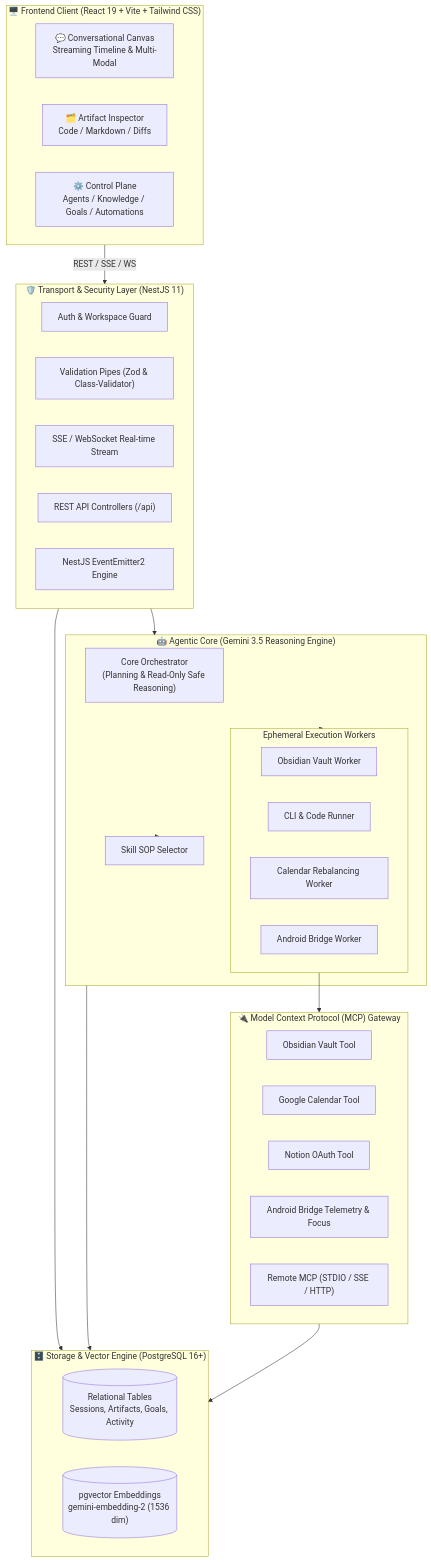
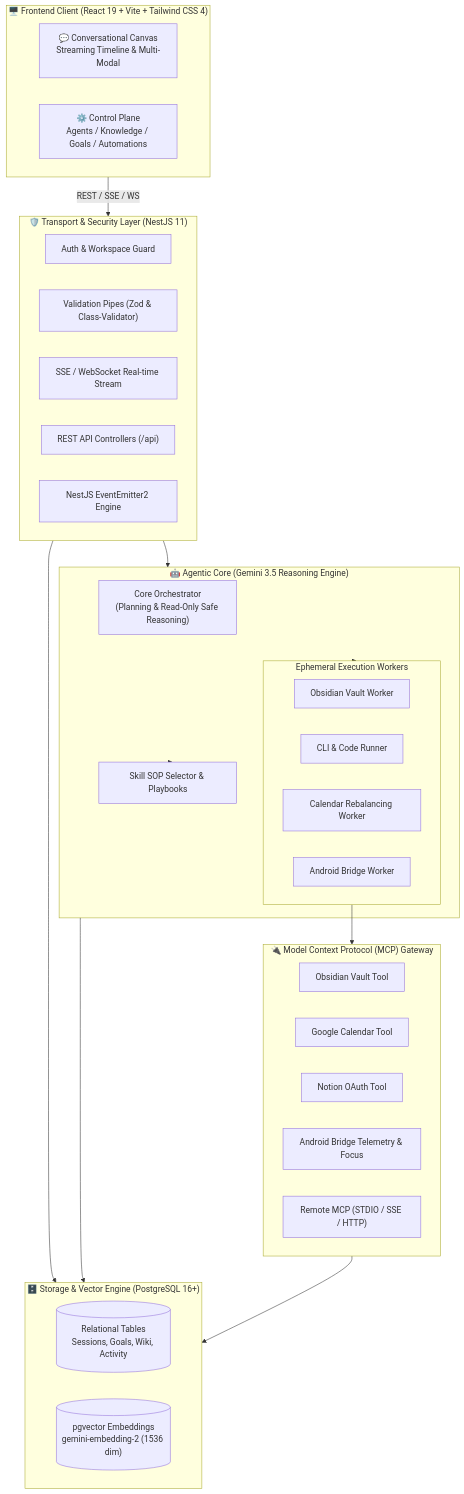
Before and after one commit to hasibashari/contextforge: the second of 3 diagrams in README.md, drawn with Mermaid. The commit also changed other lines of this file and 5 other files, not shown here.

````diff
--- a/README.md
+++ b/README.md
@@ -94,50 +131,49 @@
 ```mermaid
 flowchart TB
-    subgraph Client_Layer ["🖥️ Frontend Client (React 19 + Vite + Tailwind CSS)"]
+    subgraph Client_Layer ["🖥️ Frontend Client (React 19 + Vite + Tailwind CSS 4)"]
         UI_Chat["💬 Conversational Canvas\nStreaming Timeline & Multi-Modal"]
-        UI_Artifacts["🗂️ Artifact Inspector\nCode / Markdown / Diffs"]
         UI_Control["⚙️ Control Plane\nAgents / Knowledge / Goals / Automations"]
     end
 
     subgraph Transport_Layer ["🛡️ Transport & Security Layer (NestJS 11)"]
         Guard["Auth & Workspace Guard"]
         Pipes["Validation Pipes (Zod & Class-Validator)"]
         SSE["SSE / WebSocket Real-time Stream"]
         REST["REST API Controllers (/api)"]
         EventBus["NestJS EventEmitter2 Engine"]
     end
 
     subgraph Agentic_Core ["🤖 Agentic Core (Gemini 3.5 Reasoning Engine)"]
         Orchestrator["Core Orchestrator\n(Planning & Read-Only Safe Reasoning)"]
-        SkillEngine["Skill SOP Selector"]
-        
+        SkillEngine["Skill SOP Selector & Playbooks"]
+
         subgraph Side_Workers ["Ephemeral Execution Workers"]
             ObsidianWorker["Obsidian Vault Worker"]
             CodeWorker["CLI & Code Runner"]
             CalendarWorker["Calendar Rebalancing Worker"]
             AndroidWorker["Android Bridge Worker"]
         end
     end
 
     subgraph MCP_Gateway ["🔌 Model Context Protocol (MCP) Gateway"]
         MCP_Obsidian["Obsidian Vault Tool"]
         MCP_GCal["Google Calendar Tool"]
         MCP_Notion["Notion OAuth Tool"]
         MCP_Android["Android Bridge Telemetry & Focus"]
         MCP_Remote["Remote MCP (STDIO / SSE / HTTP)"]
     end
 
     subgraph Storage_Layer ["🗄️ Storage & Vector Engine (PostgreSQL 16+)"]
-        DB_Relational[("Relational Tables\nSessions, Artifacts, Goals, Activity")]
+        DB_Relational[("Relational Tables\nSessions, Goals, Wiki, Activity")]
         DB_Vectors[("pgvector Embeddings\ngemini-embedding-2 (1536 dim)")]
     end
 
     Client_Layer -->|REST / SSE / WS| Transport_Layer
     Transport_Layer --> Agentic_Core
     Agentic_Core --> SkillEngine
     Agentic_Core --> Side_Workers
     Side_Workers --> MCP_Gateway
     Transport_Layer --> Storage_Layer
     Agentic_Core --> Storage_Layer
     MCP_Gateway --> Storage_Layer
 ```
````
